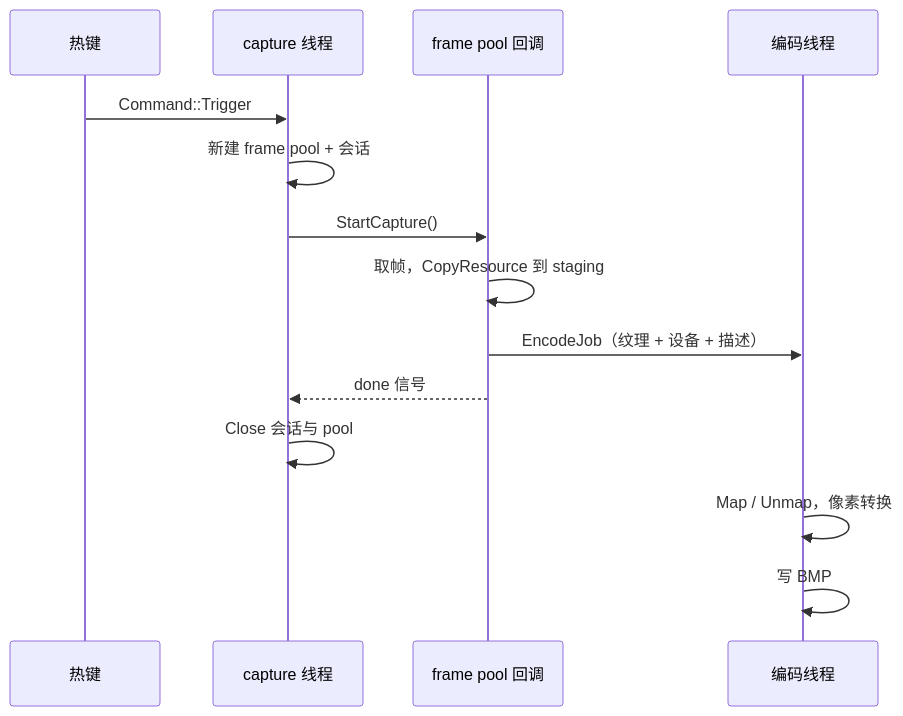
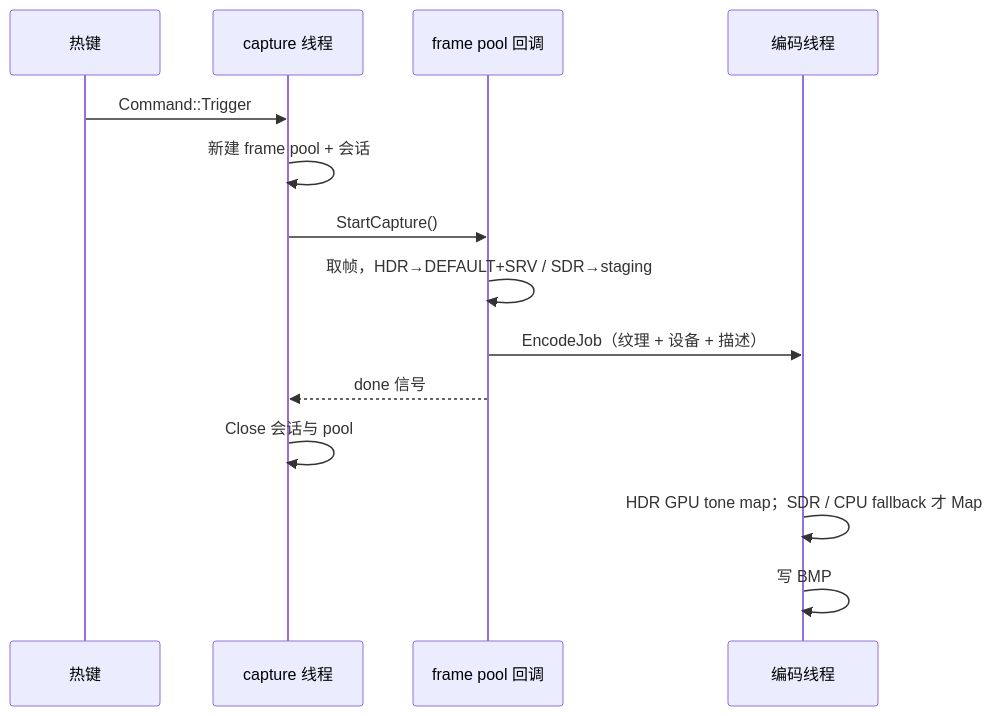
One commit to sprinox/GameSnap changed the second of 2 diagrams in docs/architecture.md. Above: the diagram before and after it, drawn with Mermaid. The commit also changed other lines of this file and 27 other files, not shown here.

````diff
--- a/docs/architecture.md
+++ b/docs/architecture.md
@@ -37,17 +37,17 @@
 ```mermaid
 sequenceDiagram
     participant U as 热键
     participant C as capture 线程
     participant P as frame pool 回调
     participant E as 编码线程
 
     U->>C: Command::Trigger
     C->>C: 新建 frame pool + 会话
     C->>P: StartCapture()
-    P->>P: 取帧，CopyResource 到 staging
+    P->>P: 取帧，HDR→DEFAULT+SRV / SDR→staging
     P->>E: EncodeJob（纹理 + 设备 + 描述）
     P-->>C: done 信号
     C->>C: Close 会话与 pool
-    E->>E: Map / Unmap，像素转换
+    E->>E: HDR GPU tone map；SDR / CPU fallback 才 Map
     E->>E: 写 BMP
 ```
````
